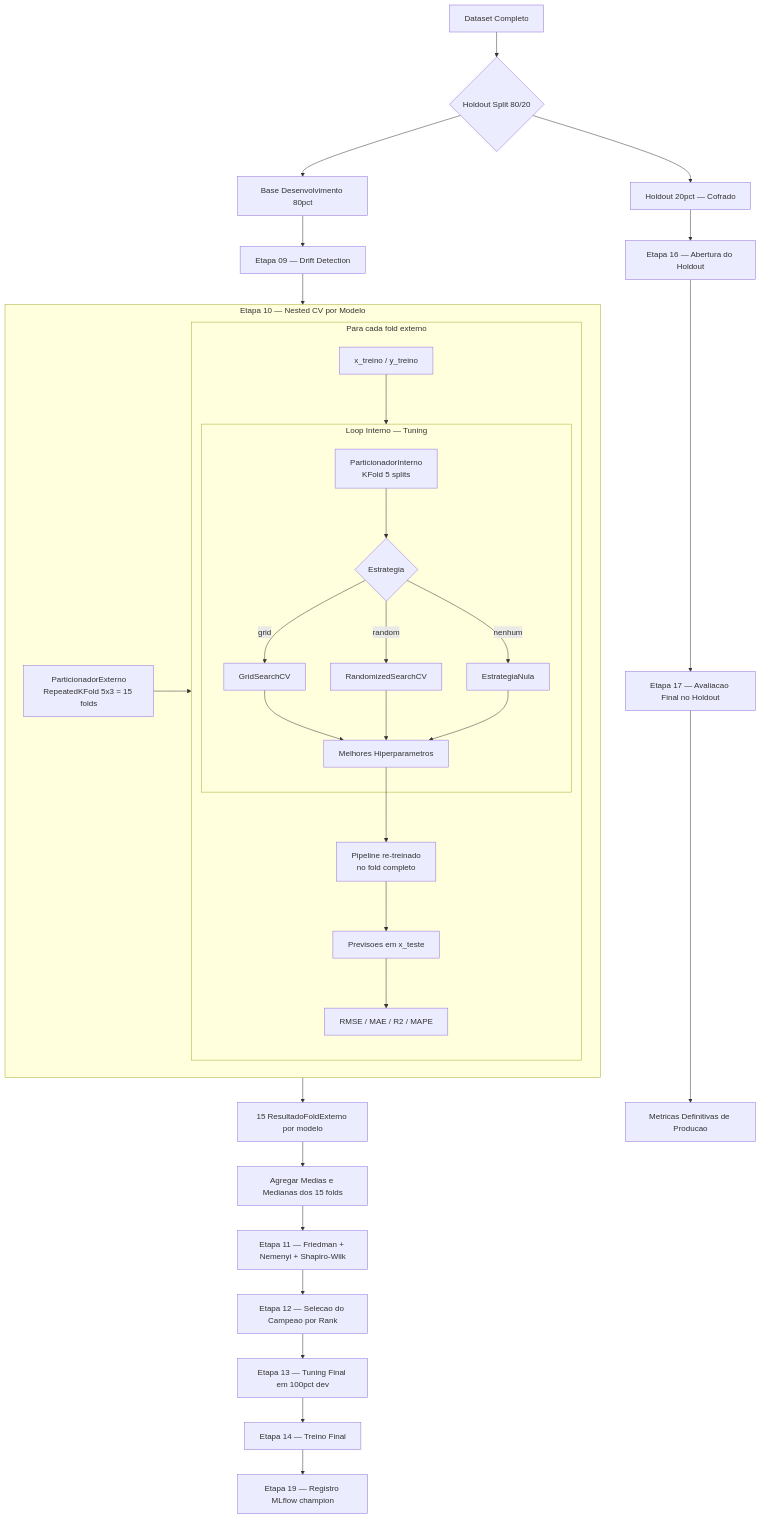
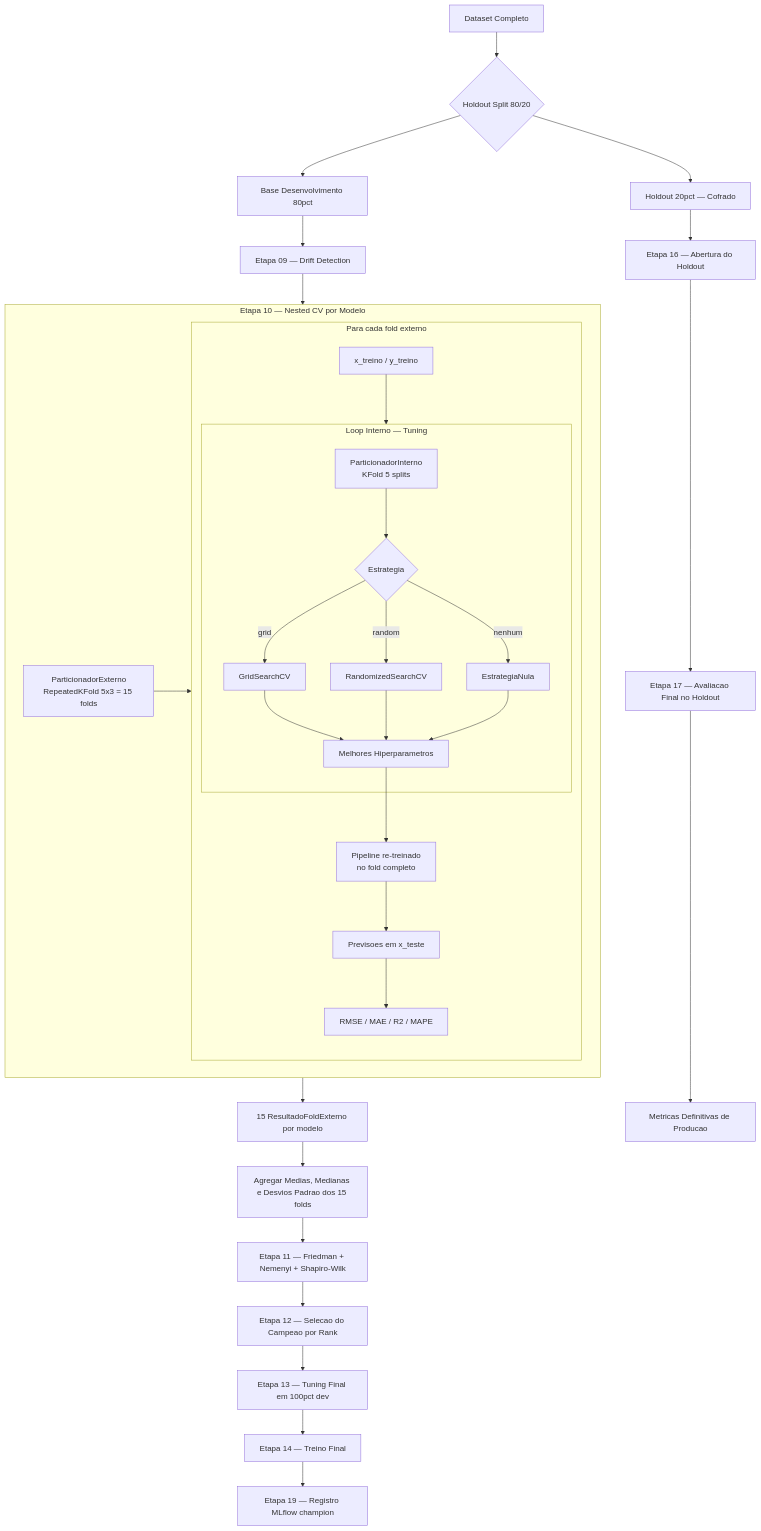
The diagram in docs/validacao_cruzada_e_tuning.md (rodrigorocha1234/machine-learning-previsao_preco_ap_v3), drawn with Mermaid before and after one commit. The commit also changed other lines of this file and 30 other files, not shown here.

````diff
--- a/docs/validacao_cruzada_e_tuning.md
+++ b/docs/validacao_cruzada_e_tuning.md
@@ -304,42 +305,42 @@
 ```mermaid
 flowchart TD
     A[Dataset Completo] --> B{Holdout Split 80/20}
     B --> C[Base Desenvolvimento 80pct]
     B --> D[Holdout 20pct — Cofrado]
 
     C --> E[Etapa 09 — Drift Detection]
     E --> F[Etapa 10 — Nested CV]
 
     subgraph F[Etapa 10 — Nested CV por Modelo]
         G[ParticionadorExterno\nRepeatedKFold 5x3 = 15 folds] --> H
 
         subgraph H[Para cada fold externo]
             I[x_treino / y_treino] --> J
 
             subgraph J[Loop Interno — Tuning]
                 K[ParticionadorInterno\nKFold 5 splits]
                 K --> L{Estrategia}
                 L -->|grid| M[GridSearchCV]
                 L -->|random| N[RandomizedSearchCV]
                 L -->|nenhum| O[EstrategiaNula]
                 M & N & O --> P[Melhores Hiperparametros]
             end
 
             P --> Q[Pipeline re-treinado\nno fold completo]
             Q --> R[Previsoes em x_teste]
             R --> S[RMSE / MAE / R2 / MAPE]
         end
     end
 
     F --> T[15 ResultadoFoldExterno por modelo]
-    T --> U[Agregar Medias e Medianas dos 15 folds]
+    T --> U[Agregar Medias, Medianas e Desvios Padrao dos 15 folds]
     U --> V[Etapa 11 — Friedman + Nemenyi + Shapiro-Wilk]
     V --> W[Etapa 12 — Selecao do Campeao por Rank]
     W --> X[Etapa 13 — Tuning Final em 100pct dev]
     X --> X2[Etapa 14 — Treino Final]
     X2 --> Y[Etapa 19 — Registro MLflow champion]
 
     D --> Z[Etapa 16 — Abertura do Holdout]
     Z --> AA[Etapa 17 — Avaliacao Final no Holdout]
     AA --> AB[Metricas Definitivas de Producao]
 ```
````
